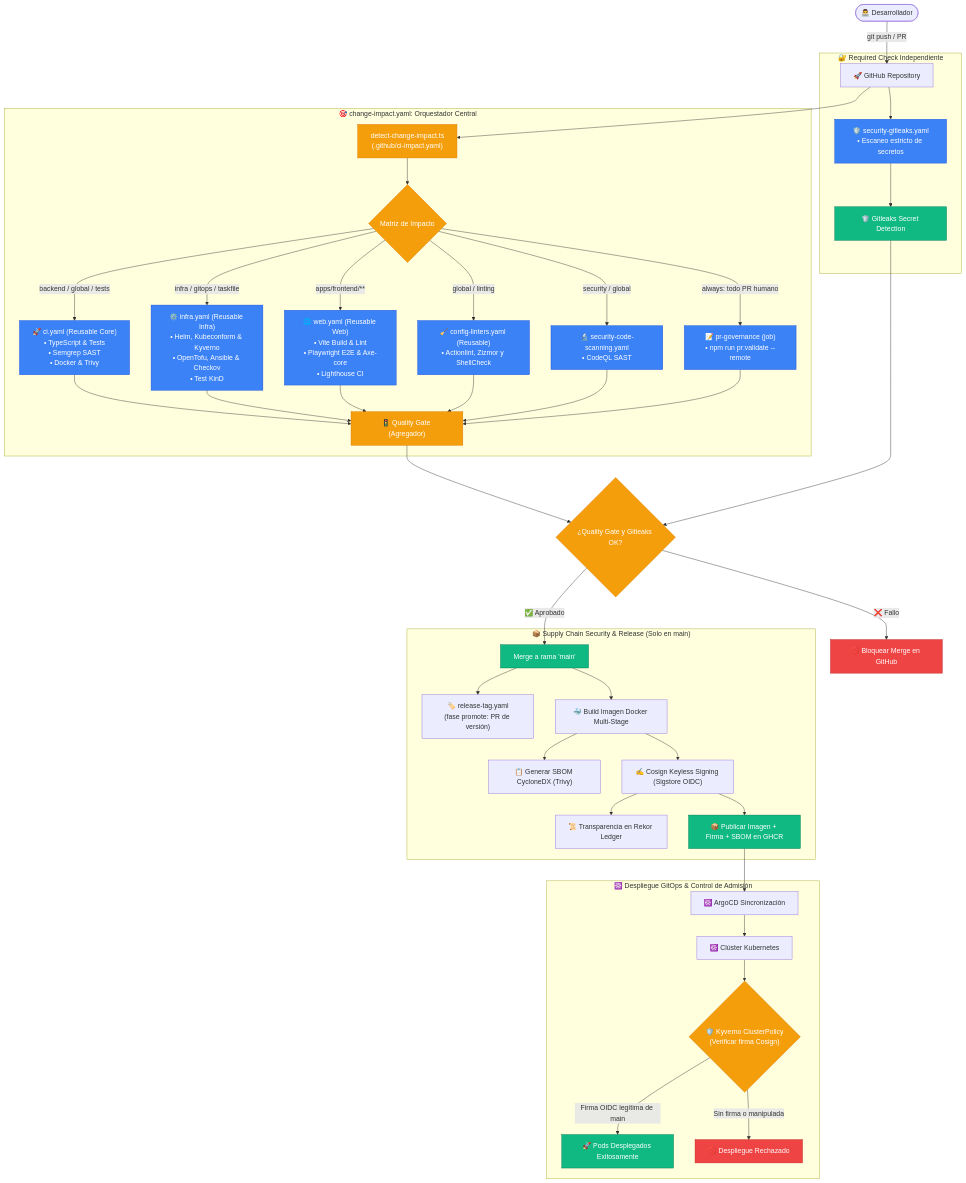
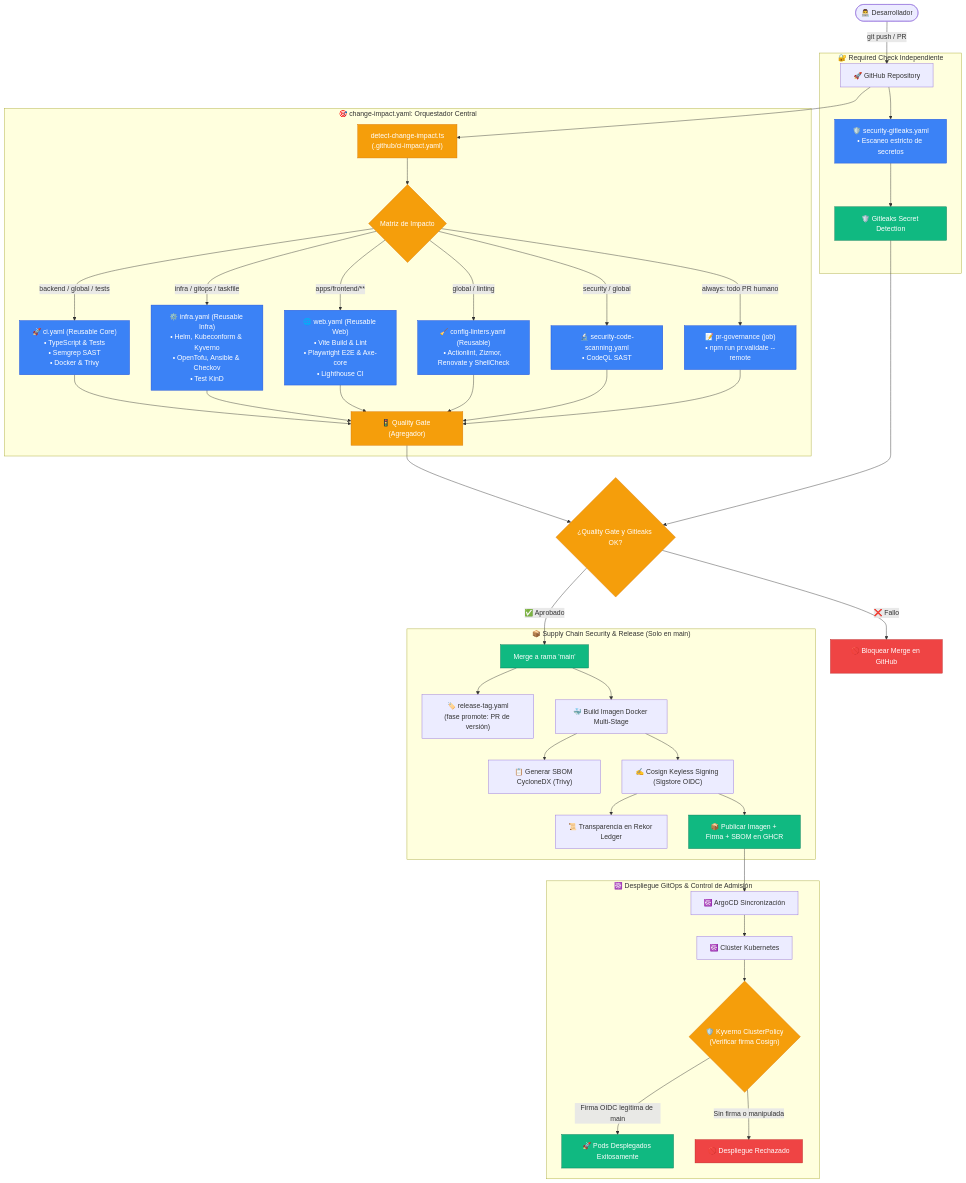
One commit to rocapellino/pokedex changed the diagram in docs/devops/GITHUB_WORKFLOWS_GUIDE.md. Above: the diagram before and after it, drawn with Mermaid. The commit also changed other lines of this file and 7 other files, not shown here.

First line of the commit message:
fix(renovate): quitar la clave //gitsign inválida y validar renovate.json en Config Linters (#584)

````diff
--- a/docs/devops/GITHUB_WORKFLOWS_GUIDE.md
+++ b/docs/devops/GITHUB_WORKFLOWS_GUIDE.md
@@ -49,55 +49,55 @@
 ```mermaid
 flowchart TD
     DEV(["👨‍💻 Desarrollador"]) -->|git push / PR| GH["🚀 GitHub Repository"]
 
     subgraph SEC_INDEPENDENT ["🔐 Required Check Independiente"]
         GH --> WF_LEAKS["🛡️ security-gitleaks.yaml\n• Escaneo estricto de secretos"]
         WF_LEAKS --> CHK_LEAKS["🛡️ Gitleaks Secret Detection"]
     end
 
     subgraph ORCHESTRATOR ["🎯 change-impact.yaml: Orquestador Central"]
         GH --> DETECT["detect-change-impact.ts\n(.github/ci-impact.yaml)"]
         DETECT --> ROUTER{"Matriz de Impacto"}
 
         ROUTER -->|backend / global / tests| WF_CI["🚀 ci.yaml (Reusable Core)\n• TypeScript & Tests\n• Semgrep SAST\n• Docker & Trivy"]
         ROUTER -->|infra / gitops / taskfile| WF_INFRA["⚙️ infra.yaml (Reusable Infra)\n• Helm, Kubeconform & Kyverno\n• OpenTofu, Ansible & Checkov\n• Test KinD"]
         ROUTER -->|apps/frontend/**| WF_WEB["🌐 web.yaml (Reusable Web)\n• Vite Build & Lint\n• Playwright E2E & Axe-core\n• Lighthouse CI"]
-        ROUTER -->|global / linting| WF_MEGA["🧹 config-linters.yaml (Reusable)\n• Actionlint, Zizmor y ShellCheck"]
+        ROUTER -->|global / linting| WF_MEGA["🧹 config-linters.yaml (Reusable)\n• Actionlint, Zizmor, Renovate y ShellCheck"]
         ROUTER -->|security / global| WF_SCAN["🔬 security-code-scanning.yaml\n• CodeQL SAST"]
         ROUTER -->|always: todo PR humano| JOB_PRGOV["📝 pr-governance (job)\n• npm run pr:validate --remote"]
 
         WF_CI & WF_INFRA & WF_WEB & WF_MEGA & WF_SCAN & JOB_PRGOV --> QG["🚦 Quality Gate (Agregador)"]
     end
 
     QG --> QG_DECISION{"¿Quality Gate y Gitleaks OK?"}
     CHK_LEAKS --> QG_DECISION
     QG_DECISION -->|❌ Fallo| BLOCK_PR["🚫 Bloquear Merge en GitHub"]
     QG_DECISION -->|✅ Aprobado| MERGE_MAIN["Merge a rama 'main'"]
 
     subgraph SUPPLY_CHAIN ["📦 Supply Chain Security & Release (Solo en main)"]
         MERGE_MAIN --> BUMP["🏷️ release-tag.yaml\n(fase promote: PR de versión)"]
         MERGE_MAIN --> DOCKER_BUILD["🐳 Build Imagen Docker Multi-Stage"]
         DOCKER_BUILD --> SYFT_SBOM["📋 Generar SBOM CycloneDX (Trivy)"]
         DOCKER_BUILD --> COSIGN_SIGN["✍️ Cosign Keyless Signing (Sigstore OIDC)"]
         COSIGN_SIGN --> REKOR["📜 Transparencia en Rekor Ledger"]
         COSIGN_SIGN --> PUSH_GHCR["📦 Publicar Imagen + Firma + SBOM en GHCR"]
     end
 
     subgraph DEPLOYMENT ["☸️ Despliegue GitOps & Control de Admisión"]
         PUSH_GHCR --> ARGO["☸️ ArgoCD Sincronización"]
         ARGO --> K8S["☸️ Clúster Kubernetes"]
         K8S --> KYVERNO{"🛡️ Kyverno ClusterPolicy\n(Verificar firma Cosign)"}
         KYVERNO -->|Firma OIDC legítima de main| DEPLOY_OK["🚀 Pods Desplegados Exitosamente"]
         KYVERNO -->|Sin firma o manipulada| DEPLOY_FAIL["🚫 Despliegue Rechazado"]
     end
 
     classDef normal fill:#3b82f6,stroke:#1d4ed8,color:#fff;
     classDef gate fill:#f59e0b,stroke:#d97706,color:#fff;
     classDef success fill:#10b981,stroke:#047857,color:#fff;
     classDef error fill:#ef4444,stroke:#b91c1c,color:#fff;
 
     class WF_WEB,WF_INFRA,WF_LEAKS,WF_CI,WF_MEGA,WF_SCAN,JOB_PRGOV normal;
     class DETECT,ROUTER,QG,QG_DECISION,KYVERNO gate;
     class MERGE_MAIN,PUSH_GHCR,DEPLOY_OK,CHK_LEAKS success;
     class BLOCK_PR,DEPLOY_FAIL error;
 ```
````
